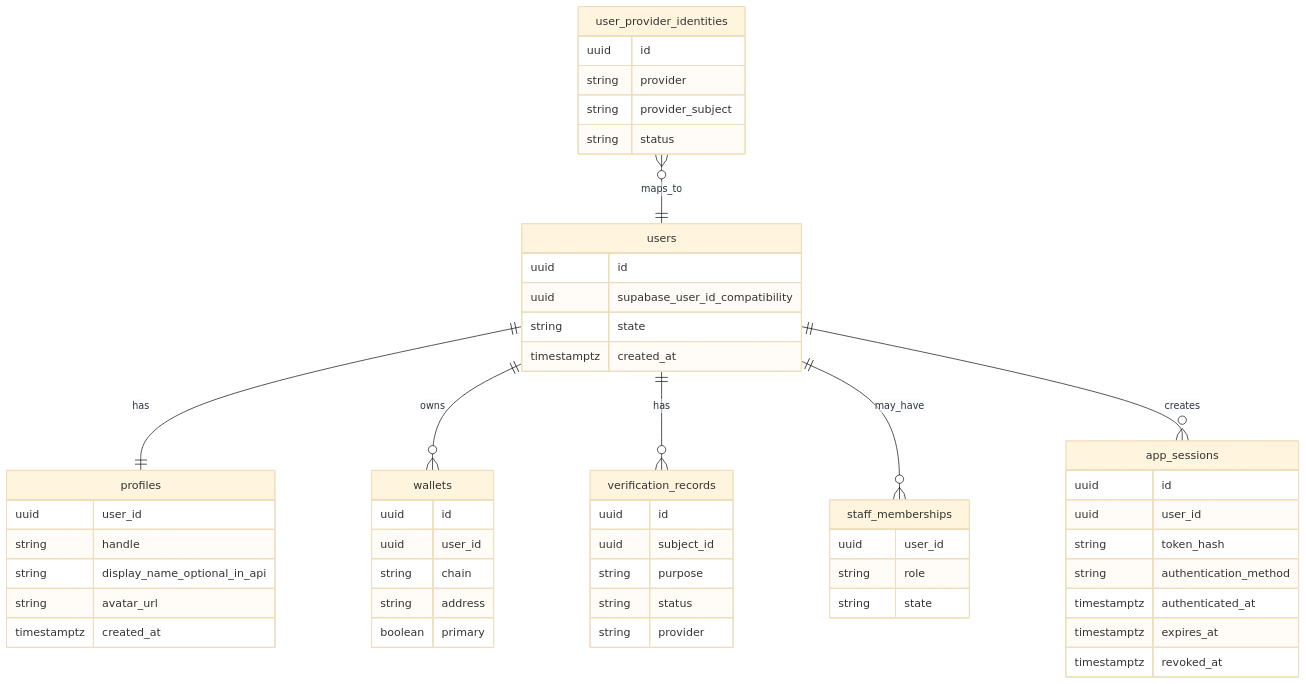
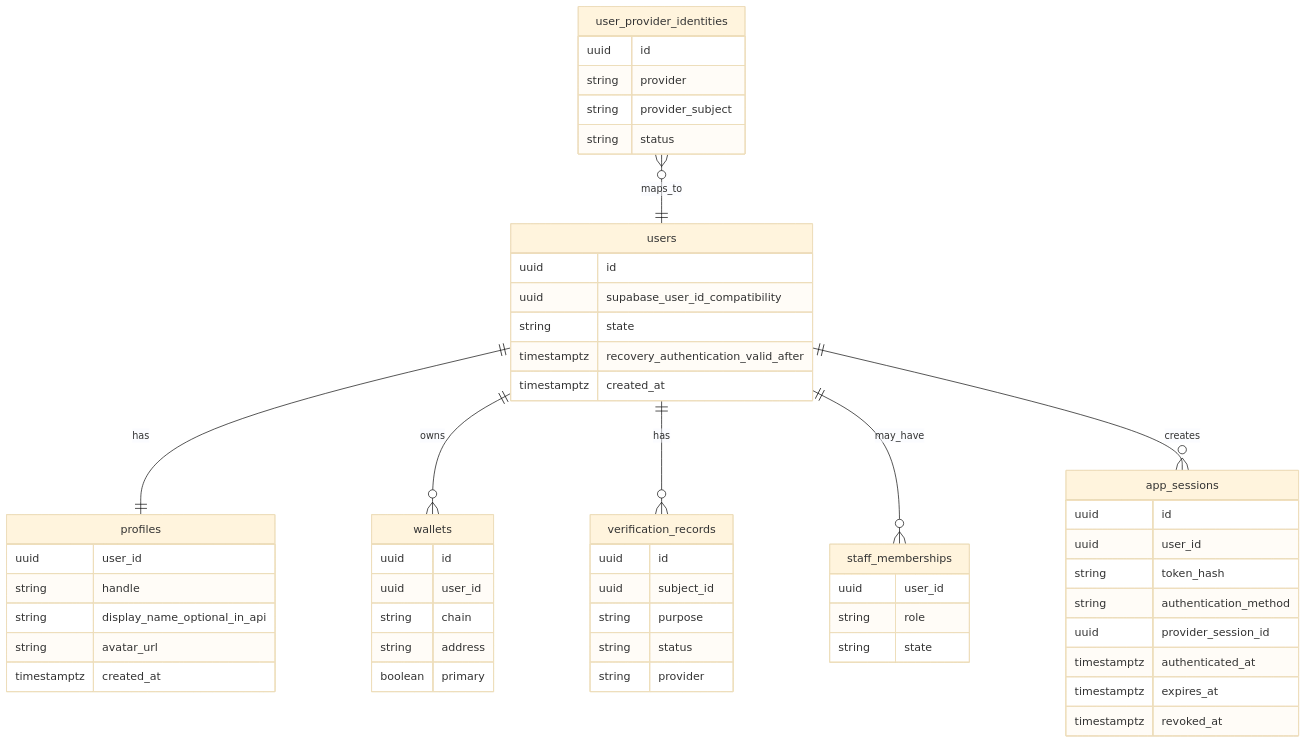
Before and after one commit to mariospeterman/VEEL-v2: the first of 2 diagrams in docs/v2-new-build/auth-supabase-realtime.md, drawn with Mermaid (base theme). The commit also changed other lines of this file and 94 other files, not shown here.

````diff
--- a/docs/v2-new-build/auth-supabase-realtime.md
+++ b/docs/v2-new-build/auth-supabase-realtime.md
@@ -31,57 +31,59 @@
 ```mermaid
 erDiagram
   user_provider_identities }o--|| users : maps_to
   users ||--|| profiles : has
   users ||--o{ wallets : owns
   users ||--o{ verification_records : has
   users ||--o{ staff_memberships : may_have
   users ||--o{ app_sessions : creates
 
   user_provider_identities {
     uuid id
     string provider
     string provider_subject
     string status
   }
   users {
     uuid id
     uuid supabase_user_id_compatibility
     string state
+    timestamptz recovery_authentication_valid_after
     timestamptz created_at
   }
   profiles {
     uuid user_id
     string handle
     string display_name_optional_in_api
     string avatar_url
     timestamptz created_at
   }
   app_sessions {
     uuid id
     uuid user_id
     string token_hash
     string authentication_method
+    uuid provider_session_id
     timestamptz authenticated_at
     timestamptz expires_at
     timestamptz revoked_at
   }
   staff_memberships {
     uuid user_id
     string role
     string state
   }
   wallets {
     uuid id
     uuid user_id
     string chain
     string address
     boolean primary
   }
   verification_records {
     uuid id
     uuid subject_id
     string purpose
     string status
     string provider
   }
 ```
````
